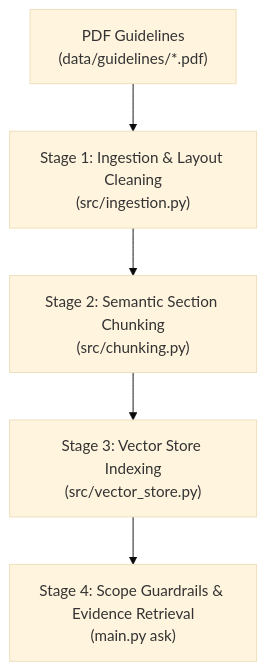
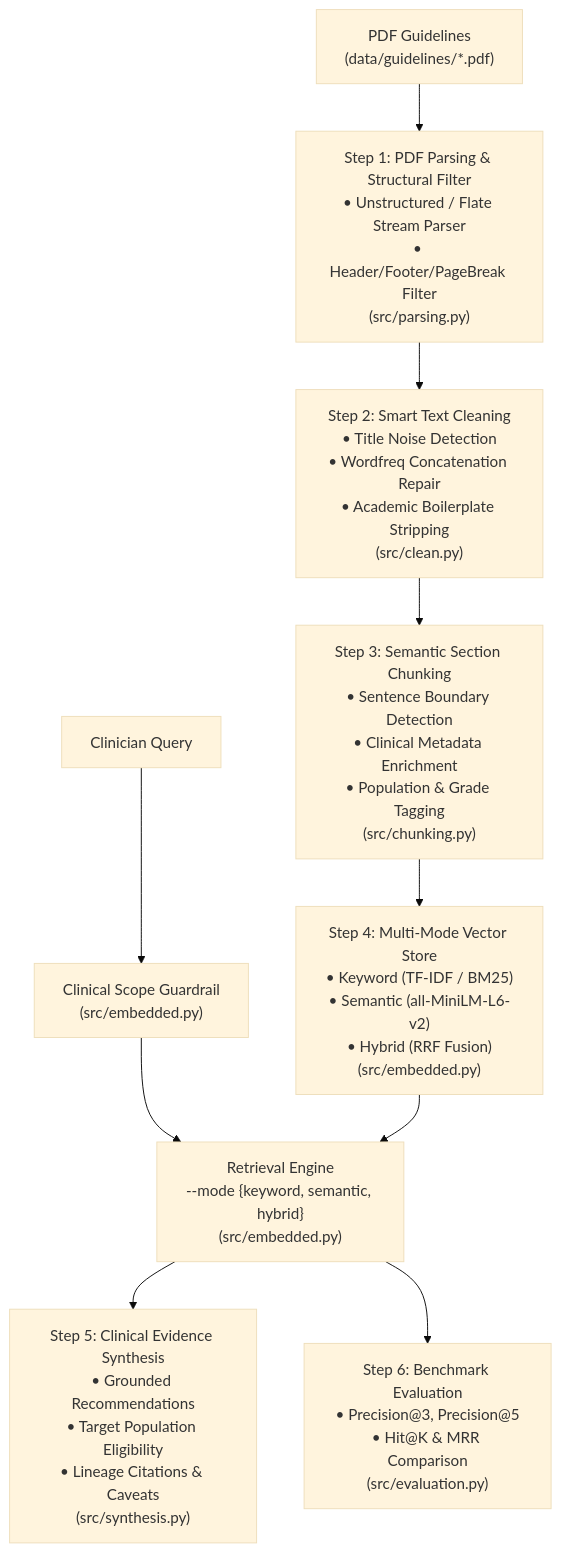
Before and after one commit to Nada-Assem5/Osteoporosis_RAG: the diagram in README.md, drawn with Mermaid (base theme). The commit also changed other lines of this file and 23 other files, not shown here.

Commit message:
feat: refactor RAG pipeline into modular components and implement evaluation and automated data processing workflow

````diff
--- a/README.md
+++ b/README.md
@@ -18,7 +25,12 @@
 ```mermaid
 graph TD
-    A["PDF Guidelines<br>(data/guidelines/*.pdf)"] --> B["Stage 1: Ingestion & Layout Cleaning<br>(src/ingestion.py)"]
-    B --> C["Stage 2: Semantic Section Chunking<br>(src/chunking.py)"]
-    C --> D["Stage 3: Vector Store Indexing<br>(src/vector_store.py)"]
-    D --> E["Stage 4: Scope Guardrails & Evidence Retrieval<br>(main.py ask)"]
+    A["PDF Guidelines<br>(data/guidelines/*.pdf)"] --> B["Step 1: PDF Parsing & Structural Filter<br>• Unstructured / Flate Stream Parser<br>• Header/Footer/PageBreak Filter<br>(src/parsing.py)"]
+    B --> C["Step 2: Smart Text Cleaning<br>• Title Noise Detection<br>• Wordfreq Concatenation Repair<br>• Academic Boilerplate Stripping<br>(src/clean.py)"]
+    C --> D["Step 3: Semantic Section Chunking<br>• Sentence Boundary Detection<br>• Clinical Metadata Enrichment<br>• Population & Grade Tagging<br>(src/chunking.py)"]
+    D --> E["Step 4: Multi-Mode Vector Store<br>• Keyword (TF-IDF / BM25)<br>• Semantic (all-MiniLM-L6-v2)<br>• Hybrid (RRF Fusion)<br>(src/embedded.py)"]
+    F["Clinician Query"] --> G["Clinical Scope Guardrail<br>(src/embedded.py)"]
+    G --> H["Retrieval Engine<br>--mode {keyword, semantic, hybrid}<br>(src/embedded.py)"]
+    E --> H
+    H --> I["Step 5: Clinical Evidence Synthesis<br>• Grounded Recommendations<br>• Target Population Eligibility<br>• Lineage Citations & Caveats<br>(src/synthesis.py)"]
+    H --> J["Step 6: Benchmark Evaluation<br>• Precision@3, Precision@5<br>• Hit@K & MRR Comparison<br>(src/evaluation.py)"]
 ```
````
